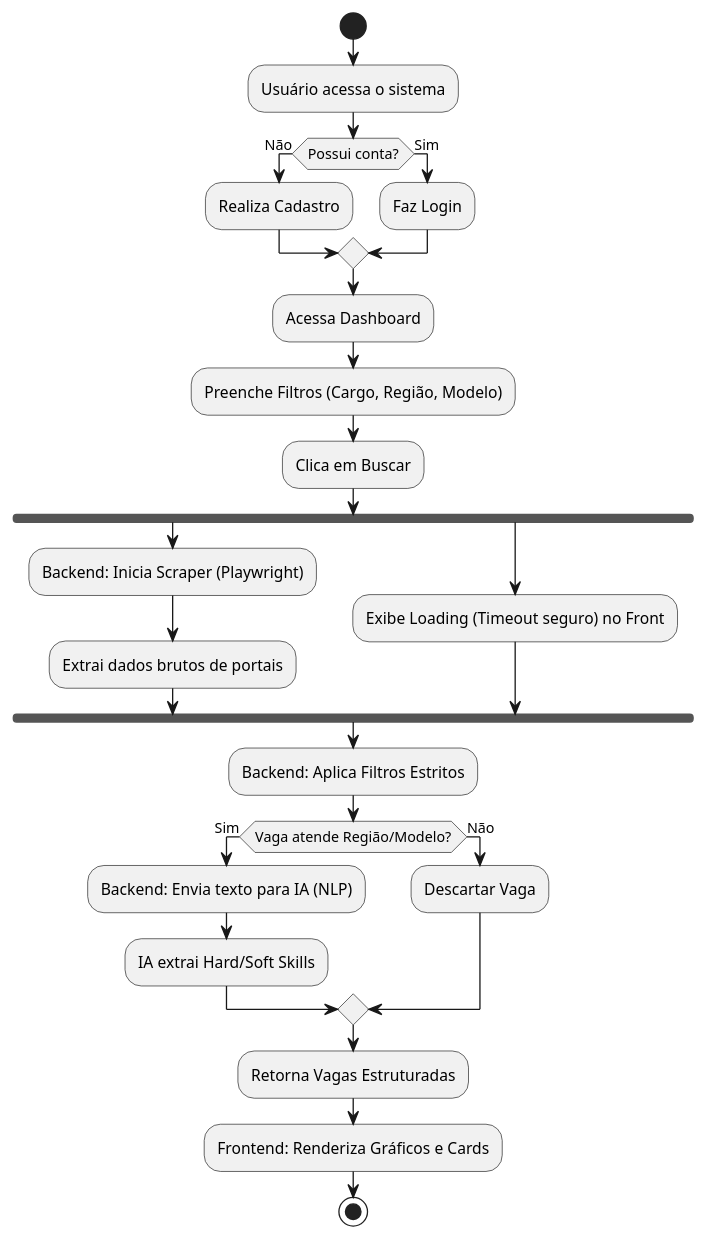
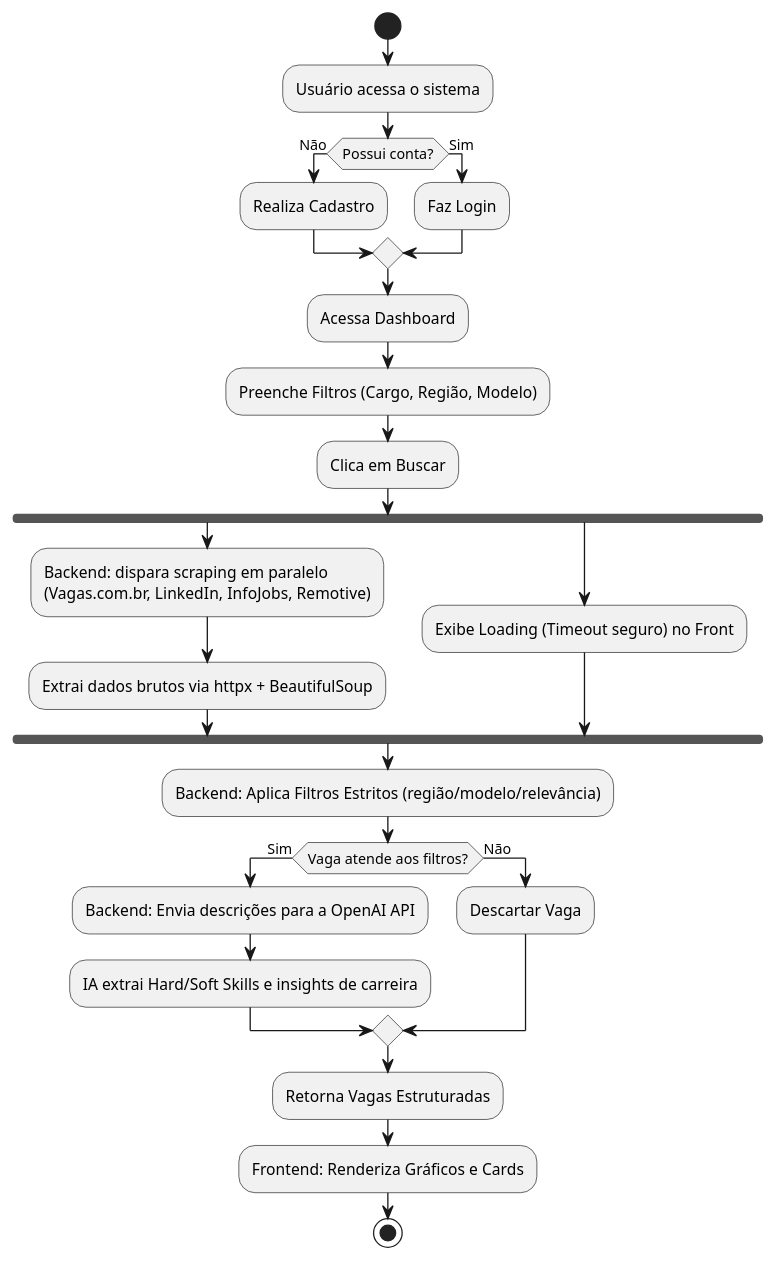
One commit to Midlab-my/Worky changed the diagram in uml_diagrams/2_atividades.wsd. Above: the diagram before and after it, drawn with PlantUML. The commit also changed 28 other files, not shown here.

```diff
--- a/uml_diagrams/2_atividades.wsd
+++ b/uml_diagrams/2_atividades.wsd
@@ -1,31 +1,31 @@
 @startuml
 start
 :Usuário acessa o sistema;
 if (Possui conta?) then (Não)
   :Realiza Cadastro;
 else (Sim)
   :Faz Login;
 endif
 :Acessa Dashboard;
 :Preenche Filtros (Cargo, Região, Modelo);
 :Clica em Buscar;
 
 fork
-  :Backend: Inicia Scraper (Playwright);
-  :Extrai dados brutos de portais;
+  :Backend: dispara scraping em paralelo\n(Vagas.com.br, LinkedIn, InfoJobs, Remotive);
+  :Extrai dados brutos via httpx + BeautifulSoup;
 fork again
   :Exibe Loading (Timeout seguro) no Front;
 end fork
 
-:Backend: Aplica Filtros Estritos;
-if (Vaga atende Região/Modelo?) then (Sim)
-  :Backend: Envia texto para IA (NLP);
-  :IA extrai Hard/Soft Skills;
+:Backend: Aplica Filtros Estritos (região/modelo/relevância);
+if (Vaga atende aos filtros?) then (Sim)
+  :Backend: Envia descrições para a OpenAI API;
+  :IA extrai Hard/Soft Skills e insights de carreira;
 else (Não)
   :Descartar Vaga;
 endif
 
 :Retorna Vagas Estruturadas;
 :Frontend: Renderiza Gráficos e Cards;
 stop
 @enduml
```
